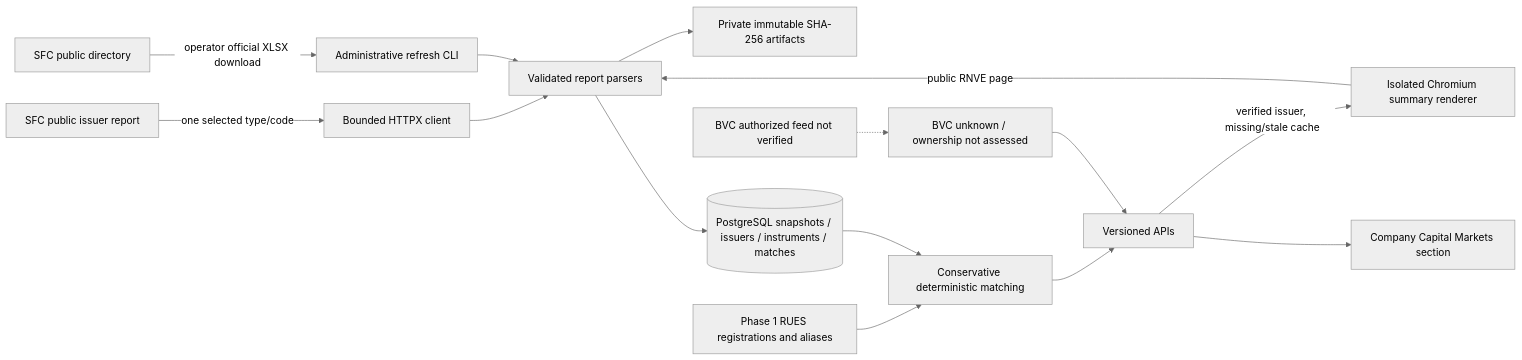
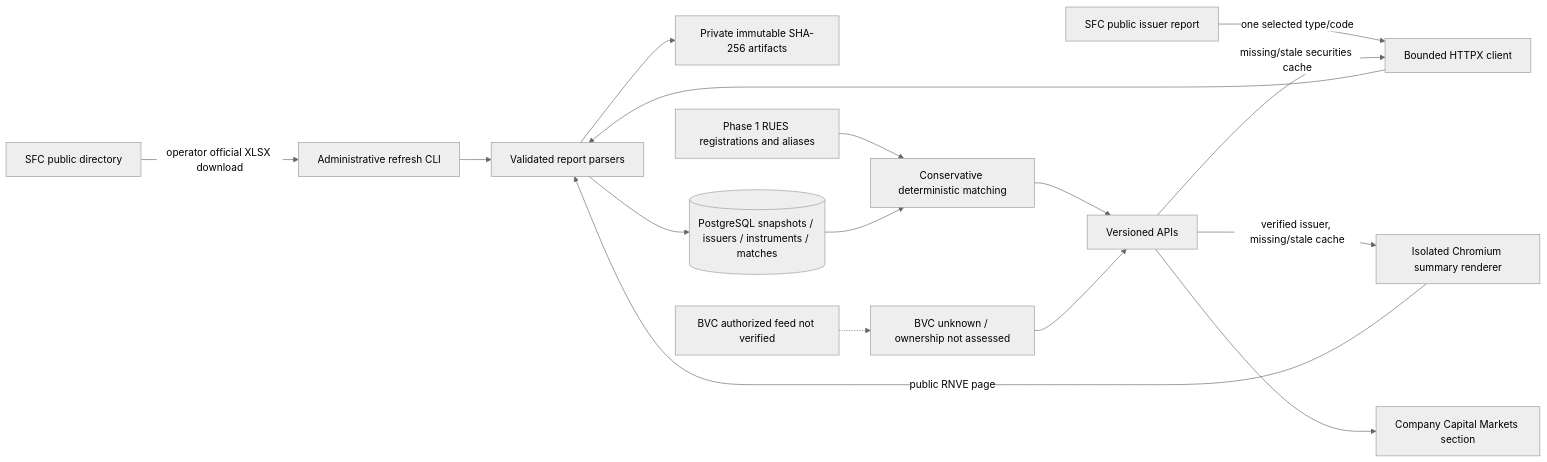
Before and after one commit to molartep/colombia-company-intelligence: the diagram in docs/capital-markets.md, drawn with Mermaid (neutral theme). The commit also changed other lines of this file and 13 other files, not shown here.

````diff
--- a/docs/capital-markets.md
+++ b/docs/capital-markets.md
@@ -142,17 +144,18 @@
 ```mermaid
 flowchart LR
     Portal[SFC public directory] -->|operator official XLSX download| CLI[Administrative refresh CLI]
     Report[SFC public issuer report] -->|one selected type/code| HTTP[Bounded HTTPX client]
+    API -->|missing/stale securities cache| HTTP
     HTTP --> Parser[Validated report parsers]
     CLI --> Parser
     Parser --> Files[Private immutable SHA-256 artifacts]
     Parser --> DB[(PostgreSQL snapshots / issuers / instruments / matches)]
     RUES[Phase 1 RUES registrations and aliases] --> Match[Conservative deterministic matching]
     DB --> Match
     Match --> API[Versioned APIs]
     API -->|verified issuer, missing/stale cache| Render[Isolated Chromium summary renderer]
     Render -->|public RNVE page| Parser
     API --> UI[Company Capital Markets section]
     BVC[BVC authorized feed not verified] -.-> Unknown[BVC unknown / ownership not assessed]
     Unknown --> API
 ```
````
